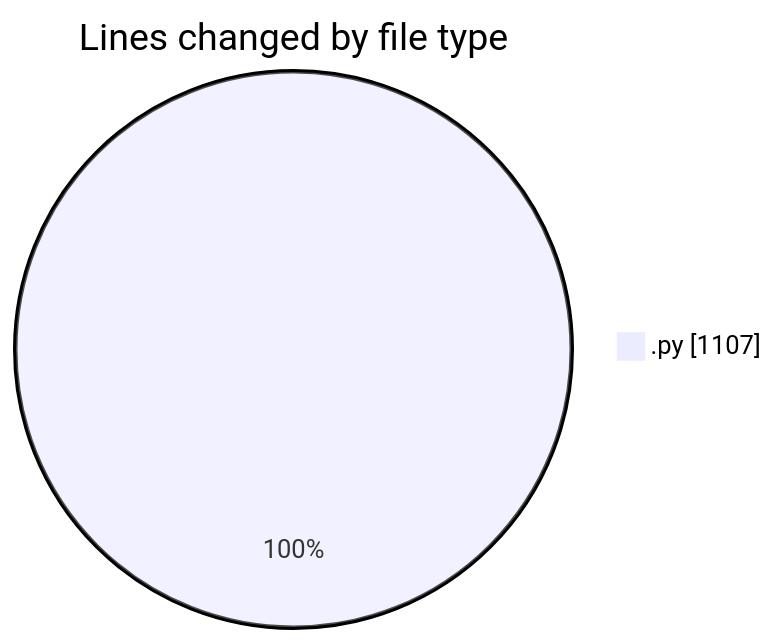
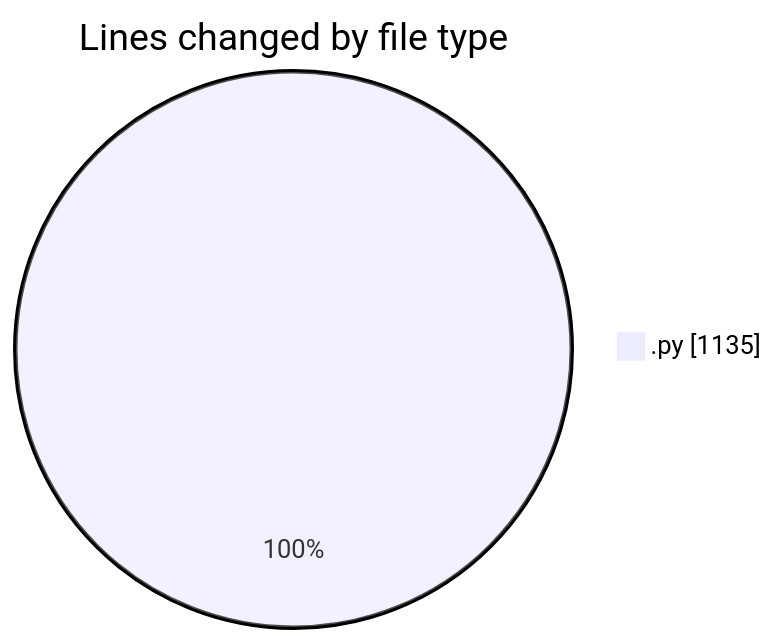
The first of 2 diagrams in 2025-05-06/samplepdf/README.md (momahboobian/code-tracking), drawn with Mermaid before and after one commit. The commit also changed other lines of this file and 1 other file, not shown here.

````diff
--- a/2025-05-06/samplepdf/README.md
+++ b/2025-05-06/samplepdf/README.md
@@ -31,5 +31,5 @@
 ```mermaid
 pie showData
 title Lines changed by file type
-".py" : 1107
+".py" : 1135
 ```
````
